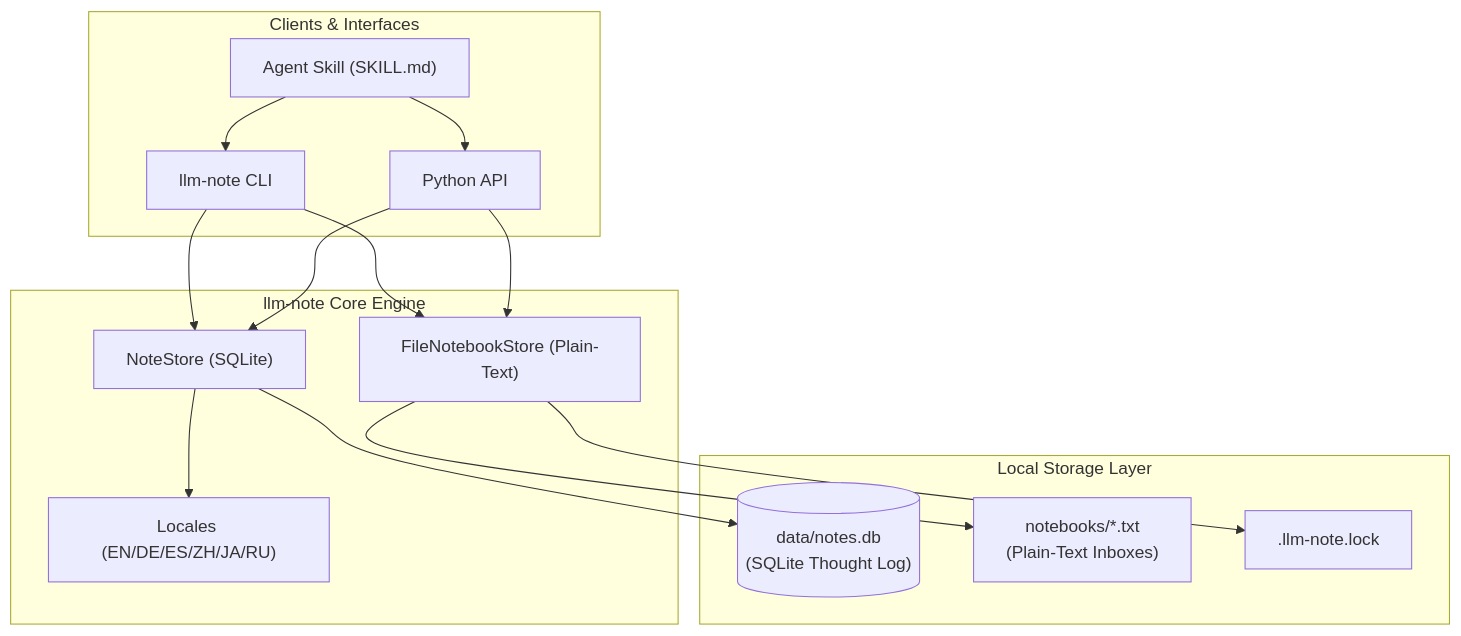
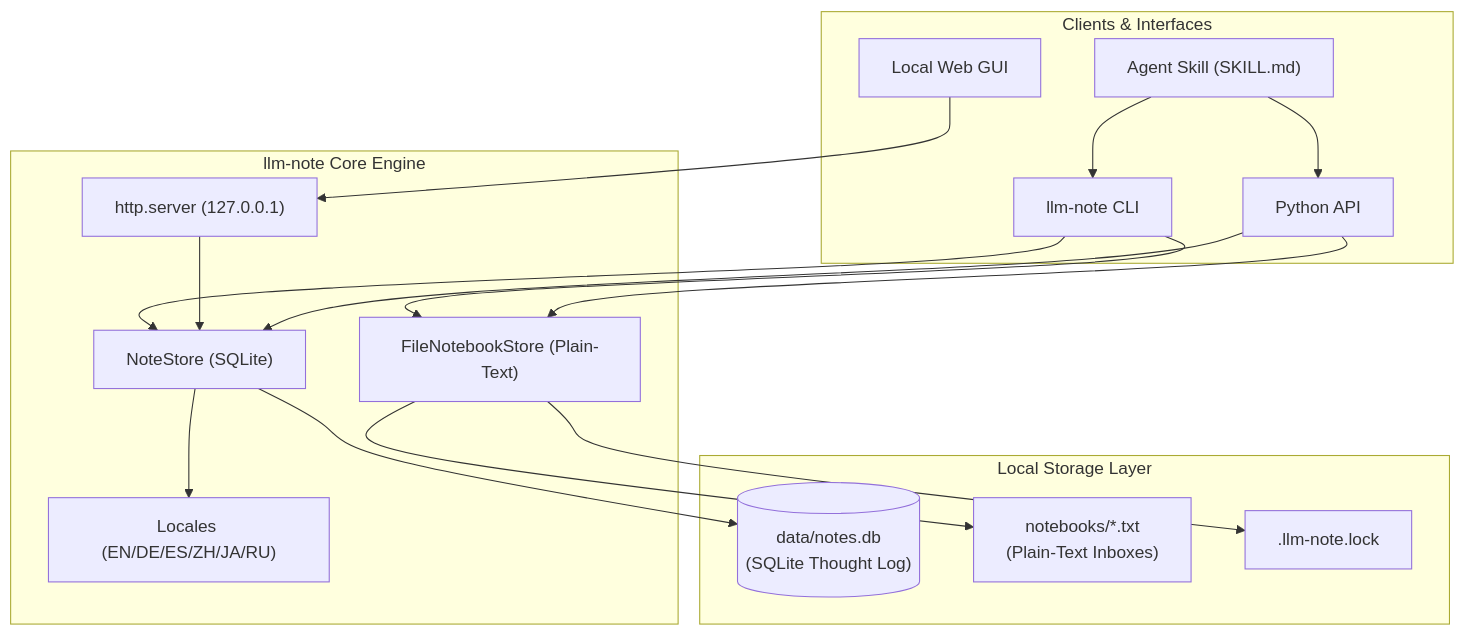
The diagram in README.md (doc-bricks/llm-note), drawn with Mermaid before and after one commit. The commit also changed other lines of this file and 10 other files, not shown here.

````diff
--- a/README.md
+++ b/README.md
@@ -23,32 +23,36 @@
 ```mermaid
 graph TD
     subgraph Clients["Clients & Interfaces"]
         CLI["llm-note CLI"]
+        GUI["Local Web GUI"]
         PyAPI["Python API"]
         Skill["Agent Skill (SKILL.md)"]
     end
 
     subgraph CoreEngine["llm-note Core Engine"]
         NoteStore["NoteStore (SQLite)"]
         FileStore["FileNotebookStore (Plain-Text)"]
+        HTTP["http.server (127.0.0.1)"]
         I18N["Locales (EN/DE/ES/ZH/JA/RU)"]
     end
 
     subgraph LocalStorage["Local Storage Layer"]
         DB[("data/notes.db<br/>(SQLite Thought Log)")]
         Notebooks["notebooks/*.txt<br/>(Plain-Text Inboxes)"]
         LockFile[".llm-note.lock"]
     end
 
     CLI --> NoteStore
+    GUI --> HTTP
+    HTTP --> NoteStore
     CLI --> FileStore
     PyAPI --> NoteStore
     PyAPI --> FileStore
     Skill --> CLI
     Skill --> PyAPI
 
     NoteStore --> DB
     NoteStore --> I18N
     FileStore --> Notebooks
     FileStore --> LockFile
 ```
````
